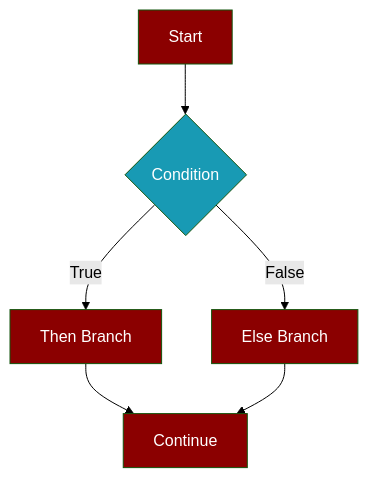
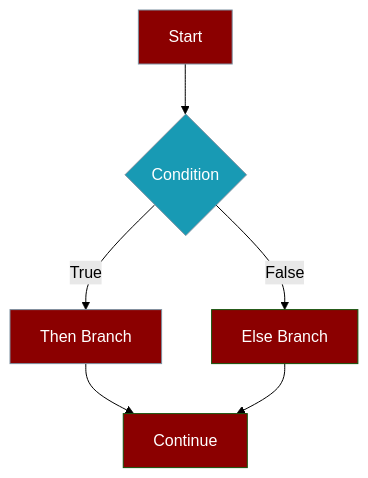
The first of 3 diagrams in docs/features/conditional-branching.mdx (MervinPraison/PraisonAIDocs), drawn with Mermaid (forest theme) before and after one commit. The commit also changed other lines of this file and 19 other files, not shown here.

````diff
--- a/docs/features/conditional-branching.mdx
+++ b/docs/features/conditional-branching.mdx
@@ -10,14 +10,19 @@
 ```mermaid
 flowchart TD
     A[Start] --> B{Condition}
     B -->|True| C[Then Branch]
     B -->|False| D[Else Branch]
     C --> E[Continue]
     D --> E
     
     style A fill:#8B0000,color:#fff
     style B fill:#189AB4,color:#fff
     style C fill:#8B0000,color:#fff
     style D fill:#8B0000,color:#fff
     style E fill:#8B0000,color:#fff
+    classDef agent fill:#8B0000,stroke:#7C90A0,color:#fff
+    classDef tool fill:#189AB4,stroke:#7C90A0,color:#fff
+    class A,B agent
+    class C tool
+
 ```
````
